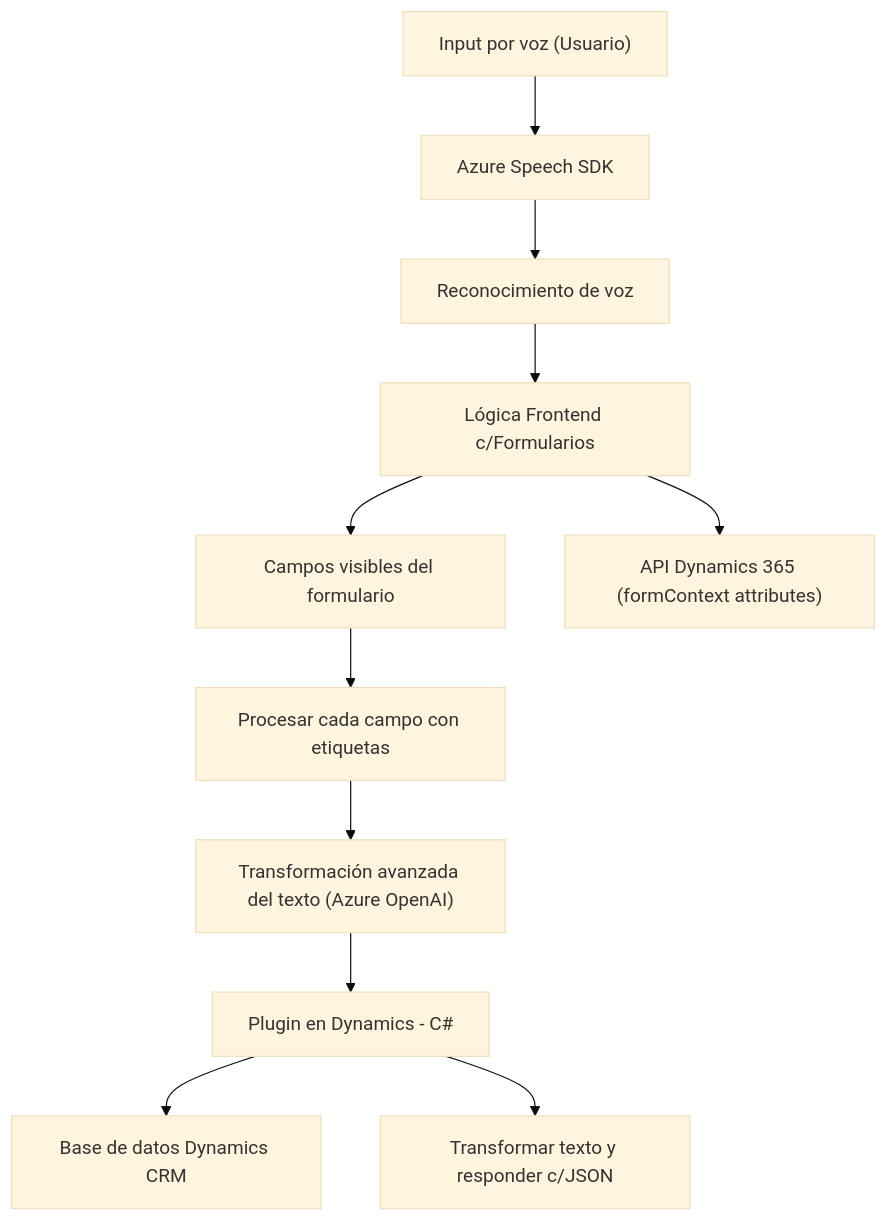
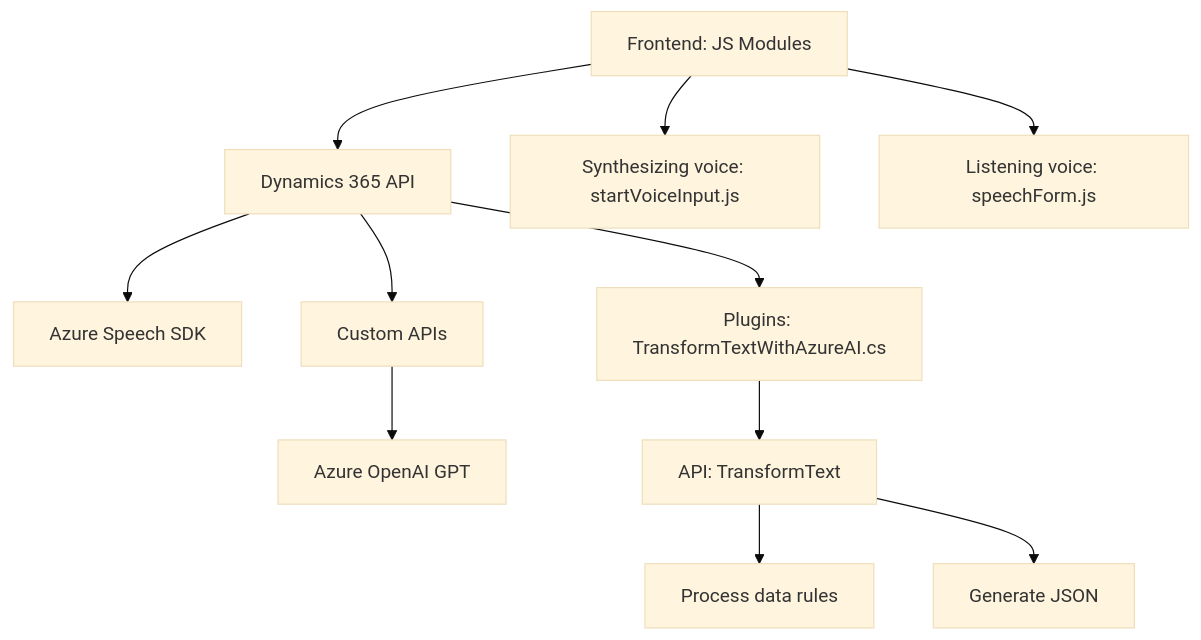
The diagram in README.md (blopezdm/NETCORE_BILBAO2025), drawn with Mermaid (base theme) before and after one commit. The commit also changed other lines of this file, not shown here.

Commit message:
Actualizar análisis global de la solución con IA

````diff
--- a/README.md
+++ b/README.md
@@ -45,15 +49,15 @@
 ```mermaid
 graph TD
-    UserInput["Input por voz (Usuario)"] --> AzureSpeech["Azure Speech SDK"]
-    AzureSpeech --> VoiceToText["Reconocimiento de voz"]
-    VoiceToText --> FrontendData["Lógica Frontend c/Formularios"]
-    FrontendData --> FormFields["Campos visibles del formulario"]
-    FrontendData --> XrmAPI["API Dynamics 365 (formContext attributes)"]
-    FormFields --> ProcessField["Procesar cada campo con etiquetas"]
-    
-    ProcessField --> AzureOpenAI["Transformación avanzada del texto (Azure OpenAI)"]
-    AzureOpenAI --> PluginLogic["Plugin en Dynamics - C#"]
+    A["Frontend: JS Modules"] --> B["Dynamics 365 API"]
+    B --> C["Azure Speech SDK"]
+    B --> D["Custom APIs"]
+    D --> E["Azure OpenAI GPT"]
+    B --> F["Plugins: TransformTextWithAzureAI.cs"]
 
-    PluginLogic --> CRM["Base de datos Dynamics CRM"]
-    PluginLogic --> APIResponse["Transformar texto y responder c/JSON"]
+    A --> G["Synthesizing voice: startVoiceInput.js"]
+    A --> H["Listening voice: speechForm.js"]
+
+    F --> I["API: TransformText"]
+    I --> J["Process data rules"]
+    I --> K["Generate JSON"]
 ```
````
